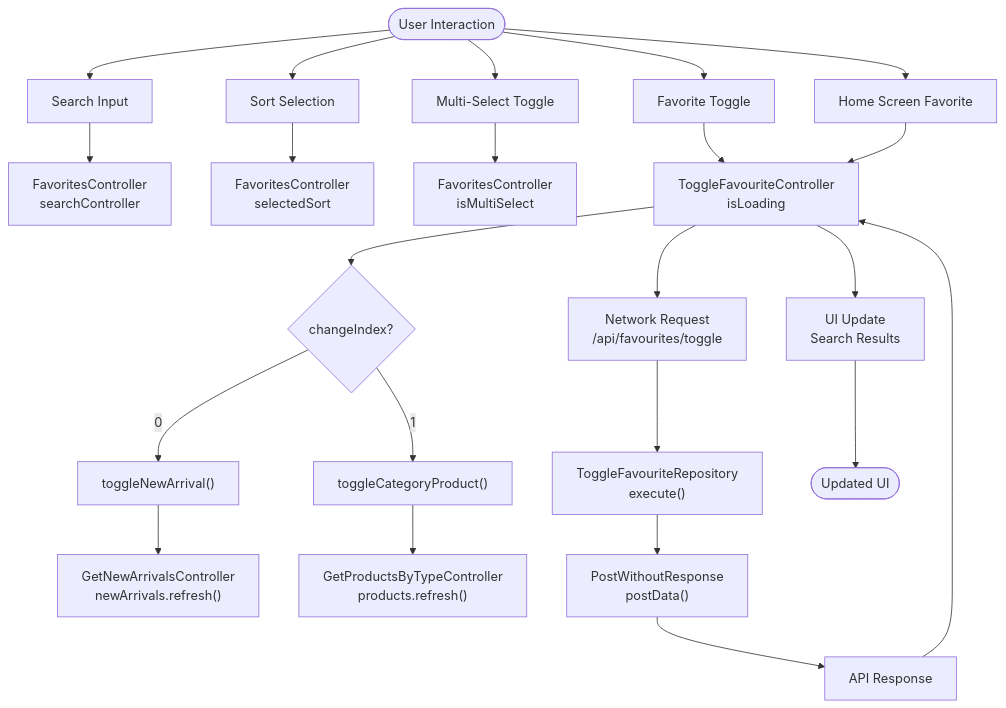
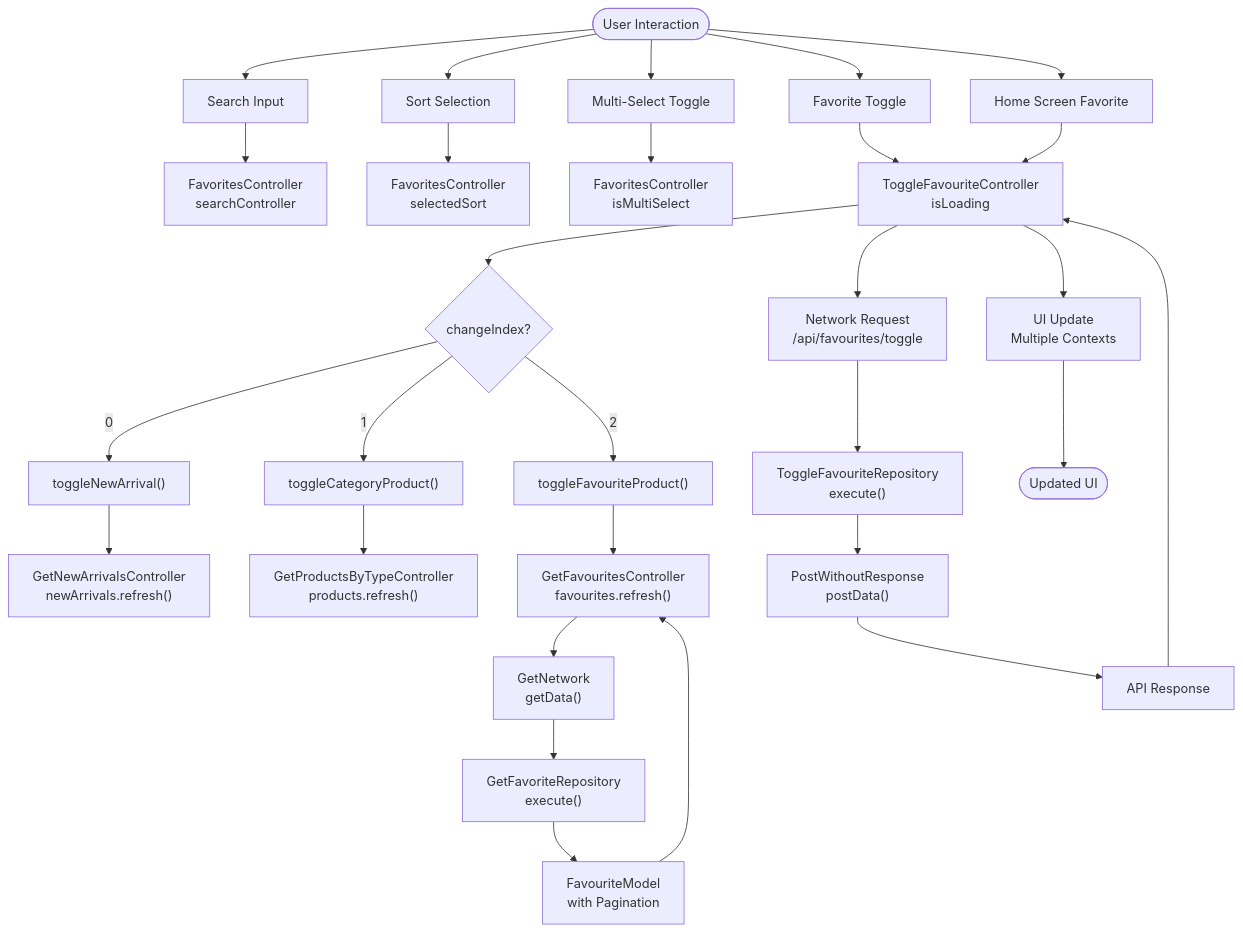
One commit to Ariful3111/FurniGo changed diagram 14 of 14 in .qoder/repowiki/en/content/Core Features/Favorites Module.md. Above: the diagram before and after it, drawn with Mermaid. The commit also changed other lines of this file and 67 other files, not shown here.

````diff
--- a/.qoder/repowiki/en/content/Core Features/Favorites Module.md
+++ b/.qoder/repowiki/en/content/Core Features/Favorites Module.md
@@ -504,25 +684,31 @@
 ```mermaid
 flowchart TD
 Start([User Interaction]) --> SearchInput["Search Input"]
 Start --> SortSelect["Sort Selection"]
 Start --> MultiSelect["Multi-Select Toggle"]
 Start --> FavoriteToggle["Favorite Toggle"]
 Start --> HomeFavorite["Home Screen Favorite"]
 SearchInput --> SearchController["FavoritesController<br/>searchController"]
 SortSelect --> SortController["FavoritesController<br/>selectedSort"]
 MultiSelect --> MultiController["FavoritesController<br/>isMultiSelect"]
 FavoriteToggle --> ToggleController["ToggleFavouriteController<br/>isLoading"]
 HomeFavorite --> ToggleController
 ToggleController --> ContextCheck{"changeIndex?"}
 ContextCheck --> |0| NewArrival["toggleNewArrival()"]
 ContextCheck --> |1| CategoryProduct["toggleCategoryProduct()"]
+ContextCheck --> |2| FavouriteProduct["toggleFavouriteProduct()"]
 NewArrival --> NewArrivalController["GetNewArrivalsController<br/>newArrivals.refresh()"]
 CategoryProduct --> CategoryController["GetProductsByTypeController<br/>products.refresh()"]
+FavouriteProduct --> FavouritesController["GetFavouritesController<br/>favourites.refresh()"]
 ToggleController --> NetworkCall["Network Request<br/>/api/favourites/toggle"]
-NetworkCall --> RepoExecute["ToggleFavouriteRepository<br/>execute()"]
-RepoExecute --> PostRequest["PostWithoutResponse<br/>postData()"]
+NetworkCall --> ToggleRepo["ToggleFavouriteRepository<br/>execute()"]
+ToggleRepo --> PostRequest["PostWithoutResponse<br/>postData()"]
 PostRequest --> ApiResponse["API Response"]
 ApiResponse --> ToggleController
-ToggleController --> UIUpdate["UI Update<br/>Search Results"]
+ToggleController --> UIUpdate["UI Update<br/>Multiple Contexts"]
 UIUpdate --> End([Updated UI])
+FavouritesController --> GetNetwork["GetNetwork<br/>getData()"]
+GetNetwork --> GetRepo["GetFavoriteRepository<br/>execute()"]
+GetRepo --> FavouriteData["FavouriteModel<br/>with Pagination"]
+FavouriteData --> FavouritesController
 ```
````
